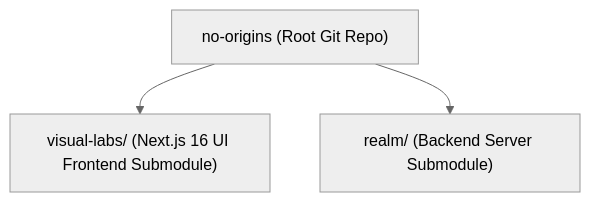
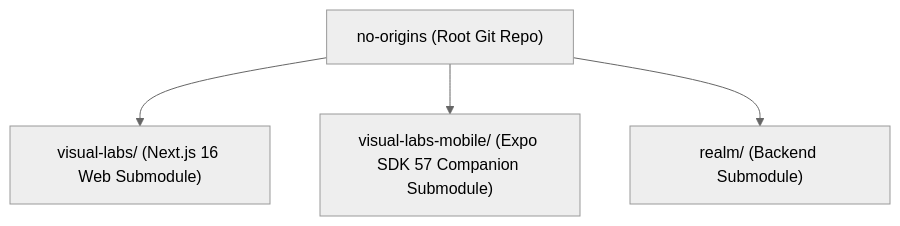
The first of 2 diagrams in wiki/global/architecture.md (No-Origins/no-origins), drawn with Mermaid (neutral theme) before and after one commit. The commit also changed other lines of this file and 9 other files, not shown here.

````diff
--- a/wiki/global/architecture.md
+++ b/wiki/global/architecture.md
@@ -11,9 +11,11 @@
 ```mermaid
 graph TD
     Root["no-origins (Root Git Repo)"]
-    Frontend["visual-labs/ (Next.js 16 UI Frontend Submodule)"]
-    Backend["realm/ (Backend Server Submodule)"]
+    Frontend["visual-labs/ (Next.js 16 Web Submodule)"]
+    Mobile["visual-labs-mobile/ (Expo SDK 57 Companion Submodule)"]
+    Backend["realm/ (Backend Submodule)"]
     
     Root --> Frontend
+    Root --> Mobile
     Root --> Backend
 ```
````
